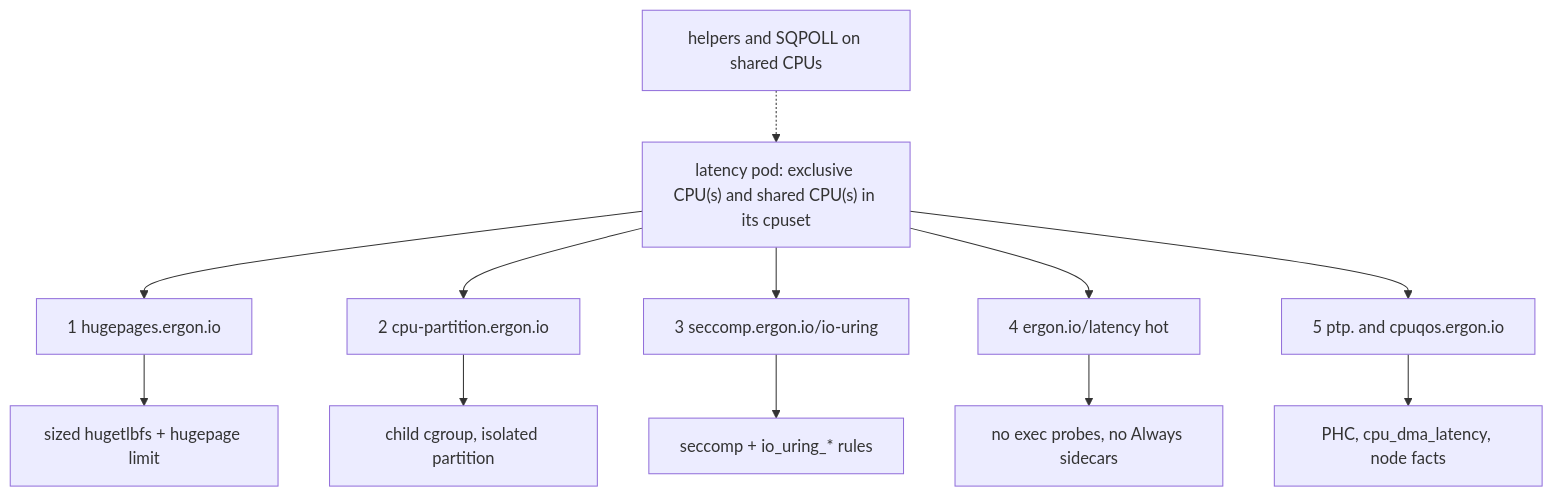
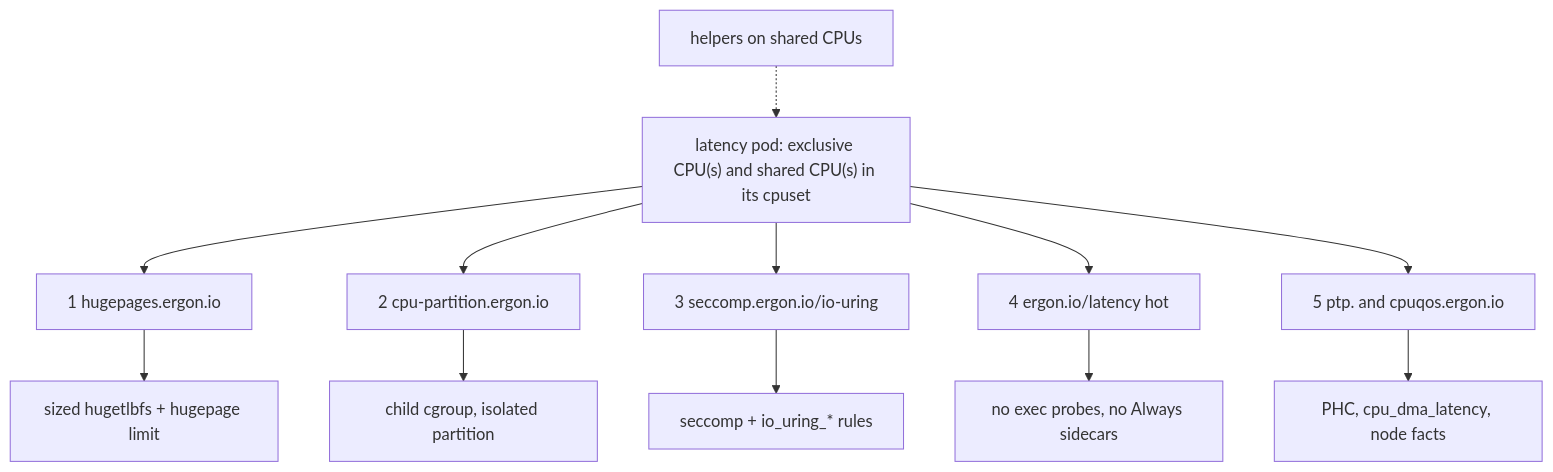
The diagram in book/src/deploy/latency-pods.md (mimran1980/ergon), drawn with Mermaid before and after one commit. The commit also changed other lines of this file and 280 other files, not shown here.

````diff
--- a/book/src/deploy/latency-pods.md
+++ b/book/src/deploy/latency-pods.md
@@ -55,15 +49,15 @@
 ```mermaid
 flowchart TD
     POD["latency pod: exclusive CPU(s) and shared CPU(s) in its cpuset"]
     POD --> A["1 hugepages.ergon.io"]
     POD --> B["2 cpu-partition.ergon.io"]
     POD --> C["3 seccomp.ergon.io/io-uring"]
     POD --> D["4 ergon.io/latency hot"]
     POD --> E["5 ptp. and cpuqos.ergon.io"]
     A --> A1["sized hugetlbfs + hugepage limit"]
     B --> B1["child cgroup, isolated partition"]
     C --> C1["seccomp + io_uring_* rules"]
     D --> D1["no exec probes, no Always sidecars"]
     E --> E1["PHC, cpu_dma_latency, node facts"]
-    SQ["helpers and SQPOLL on shared CPUs"] -.-> POD
+    SQ["helpers on shared CPUs"] -.-> POD
 ```
````
